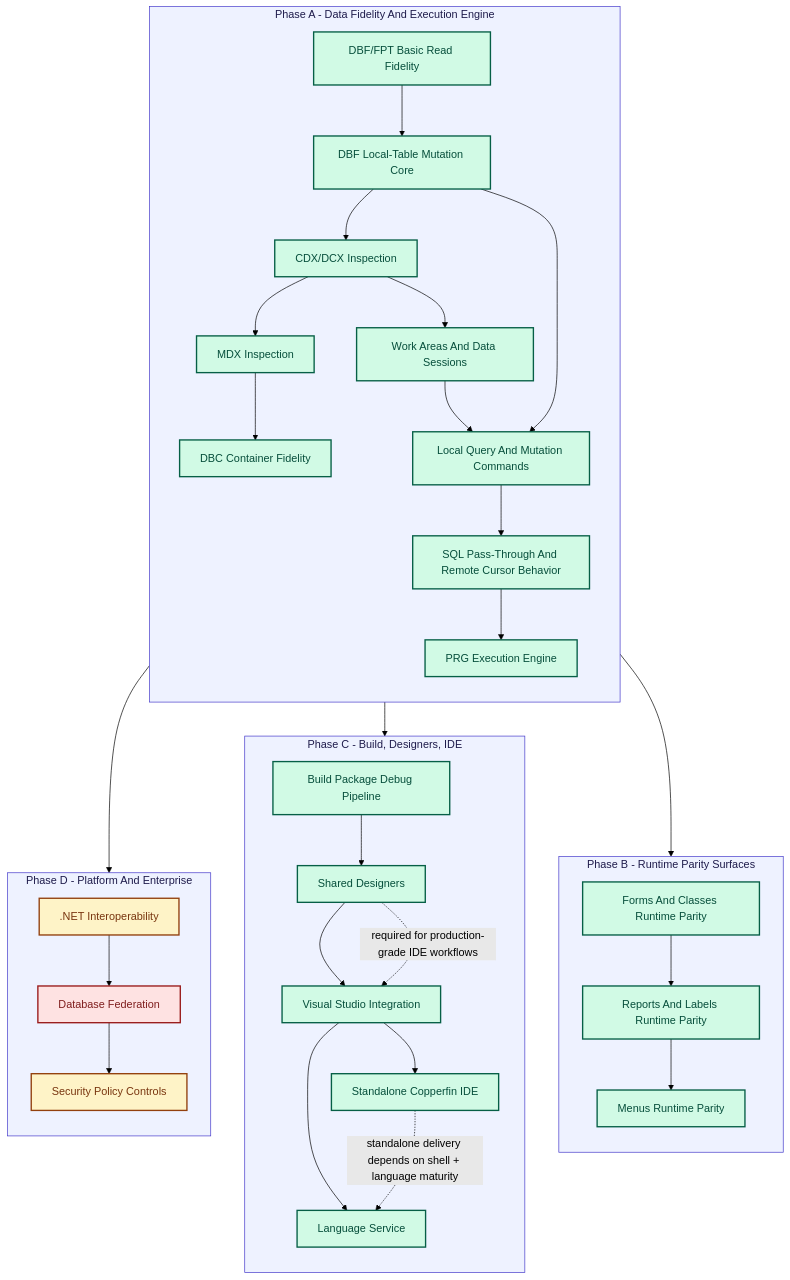
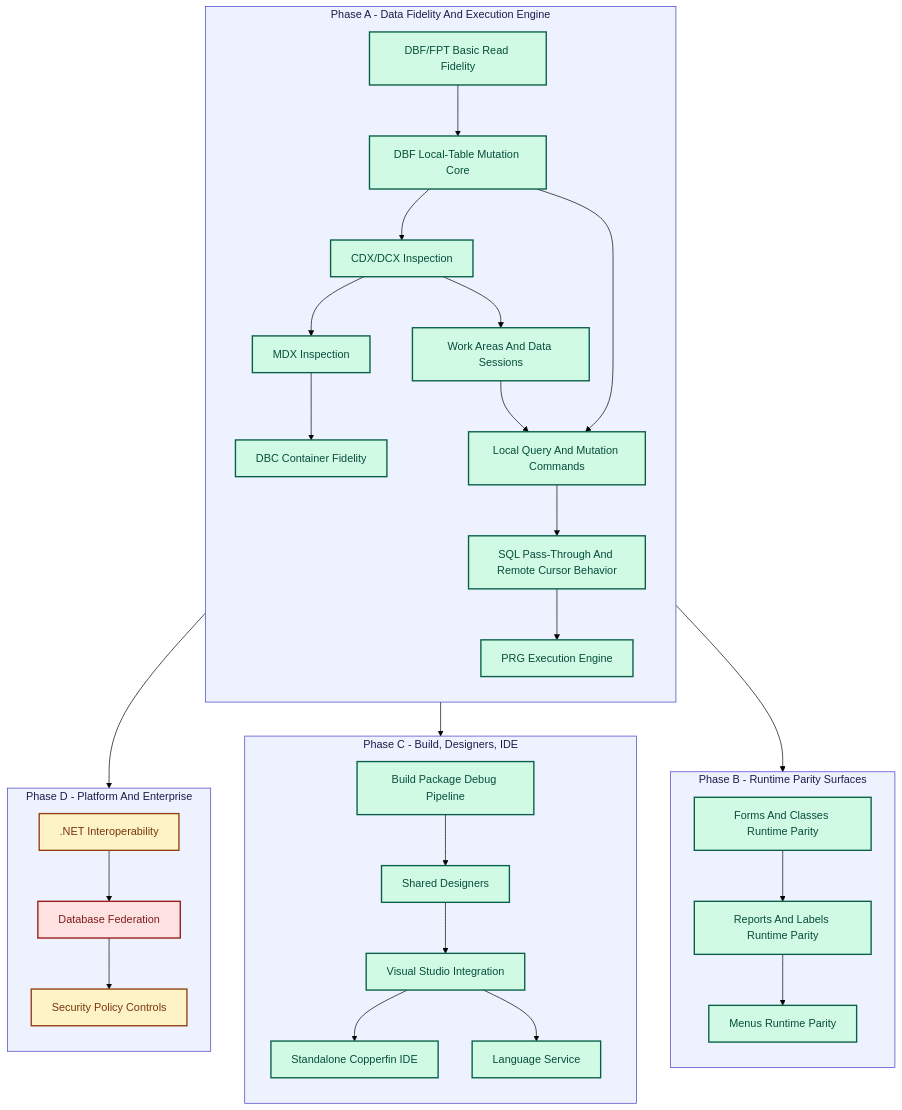
One commit to rhamenator/Project-Copperfin changed the diagram in remaining-work.md. Above: the diagram before and after it, drawn with Mermaid (forest theme). The commit also changed other lines of this file, not shown here.

````diff
--- a/remaining-work.md
+++ b/remaining-work.md
@@ -53,70 +53,67 @@
 ```mermaid
 flowchart TD
 	classDef done fill:#d1fae5,stroke:#065f46,stroke-width:2px,color:#064e3b;
 	classDef partial fill:#fef3c7,stroke:#92400e,stroke-width:2px,color:#78350f;
 	classDef missing fill:#fee2e2,stroke:#991b1b,stroke-width:2px,color:#7f1d1d;
 	classDef lane fill:#eef2ff,stroke:#4338ca,stroke-width:1px,color:#1e1b4b;
 
 	subgraph P1[Phase A - Data Fidelity And Execution Engine]
 		direction TB
 		A1[DBF/FPT Basic Read Fidelity]
 		A2[DBF Local-Table Mutation Core]
 		A3[CDX/DCX Inspection]
 		A4[MDX Inspection]
 		A5[DBC Container Fidelity]
 		B1[Work Areas And Data Sessions]
 		B2[Local Query And Mutation Commands]
 		B3[SQL Pass-Through And Remote Cursor Behavior]
 		B4[PRG Execution Engine]
 	end
 
 	subgraph P2[Phase B - Runtime Parity Surfaces]
 		direction TB
 		C1[Forms And Classes Runtime Parity]
 		C2[Reports And Labels Runtime Parity]
 		C3[Menus Runtime Parity]
 	end
 
 	subgraph P3[Phase C - Build, Designers, IDE]
 		direction TB
 		D1[Build Package Debug Pipeline]
 		D2[Shared Designers]
 		D3[Visual Studio Integration]
 		D4[Standalone Copperfin IDE]
 		D5[Language Service]
 	end
 
 	subgraph P4[Phase D - Platform And Enterprise]
 		direction TB
 		E1[.NET Interoperability]
 		E2[Database Federation]
 		E3[Security Policy Controls]
 	end
 
 	A1 --> A2 --> A3 --> A4 --> A5
 	A2 --> B2
 	A3 --> B1
 	B1 --> B2 --> B3 --> B4
 
 	B4 --> C1 --> C2 --> C3
 	B4 --> D1 --> D2 --> D3 --> D4
 	D3 --> D5
 	B4 --> E1 --> E2 --> E3
 
-	D2 -. required for production-grade IDE workflows .-> D3
-	D4 -. standalone delivery depends on shell + language maturity .-> D5
-
 	class A1,A2,A3,A4,A5 done;
 
 	class B1,B2,B3,B4 done;
 
 	class C1,C2,C3 done;
 
 	class D1,D2,D3,D4,D5 done;
 
 	class E1,E3 partial;
 
 	class E2 missing;
 
 	class P1,P2,P3,P4 lane;
 ```
````
